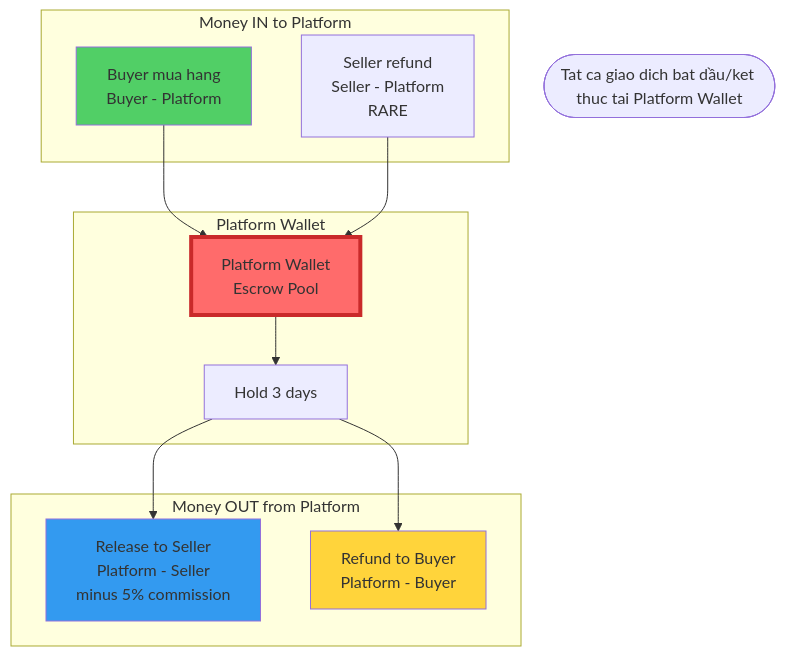
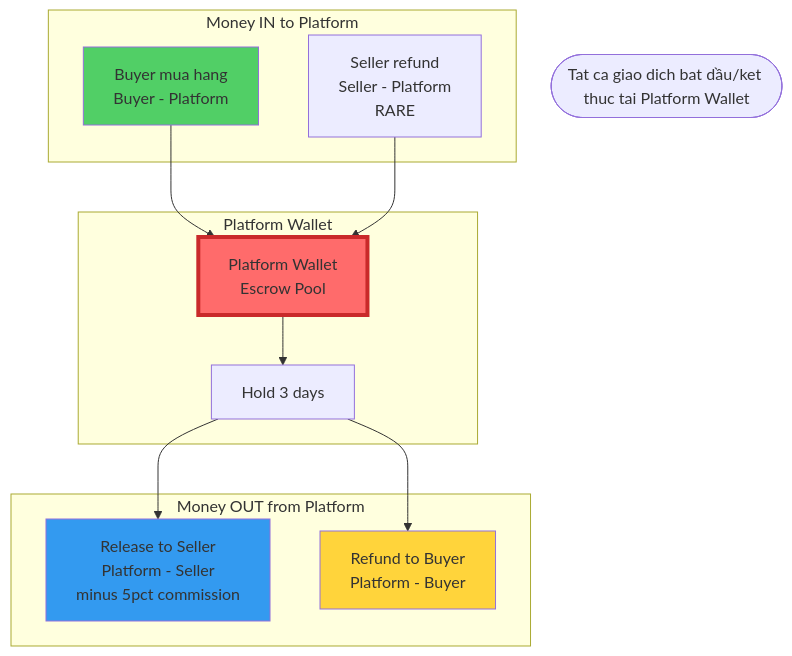
Before and after one commit to anhnguyen123312/ShopMMO: the second of 20 diagrams in mmo-api/docs/v2/05-wallet-v2-platform-wallet-flows.md, drawn with Mermaid. The commit also changed other lines of this file and 1 other file, not shown here.

First line of the commit message:
fix: replace percent sign with 'pct' in mermaid labels

````diff
--- a/mmo-api/docs/v2/05-wallet-v2-platform-wallet-flows.md
+++ b/mmo-api/docs/v2/05-wallet-v2-platform-wallet-flows.md
@@ -159,30 +159,30 @@
 ```mermaid
 graph TB
     Start([Tat ca giao dich bat dầu/ket thuc tai Platform Wallet])
 
     subgraph Money IN to Platform
         Purchase[Buyer mua hang<br/>Buyer - Platform]
         Refund[Seller refund<br/>Seller - Platform<br/>RARE]
     end
 
     subgraph Platform Wallet
         PW[Platform Wallet<br/>Escrow Pool]
         Hold[Hold 3 days]
     end
 
     subgraph Money OUT from Platform
-        Release[Release to Seller<br/>Platform - Seller<br/>minus 5% commission]
+        Release[Release to Seller<br/>Platform - Seller<br/>minus 5pct commission]
         RefundBuyer[Refund to Buyer<br/>Platform - Buyer]
     end
 
     Purchase --> PW
     Refund --> PW
     PW --> Hold
     Hold --> Release
     Hold --> RefundBuyer
 
     style PW fill:#ff6b6b,stroke:#c92a2a,stroke-width:4px
     style Purchase fill:#51cf66
     style Release fill:#339af0
     style RefundBuyer fill:#ffd43b
 ```
````
